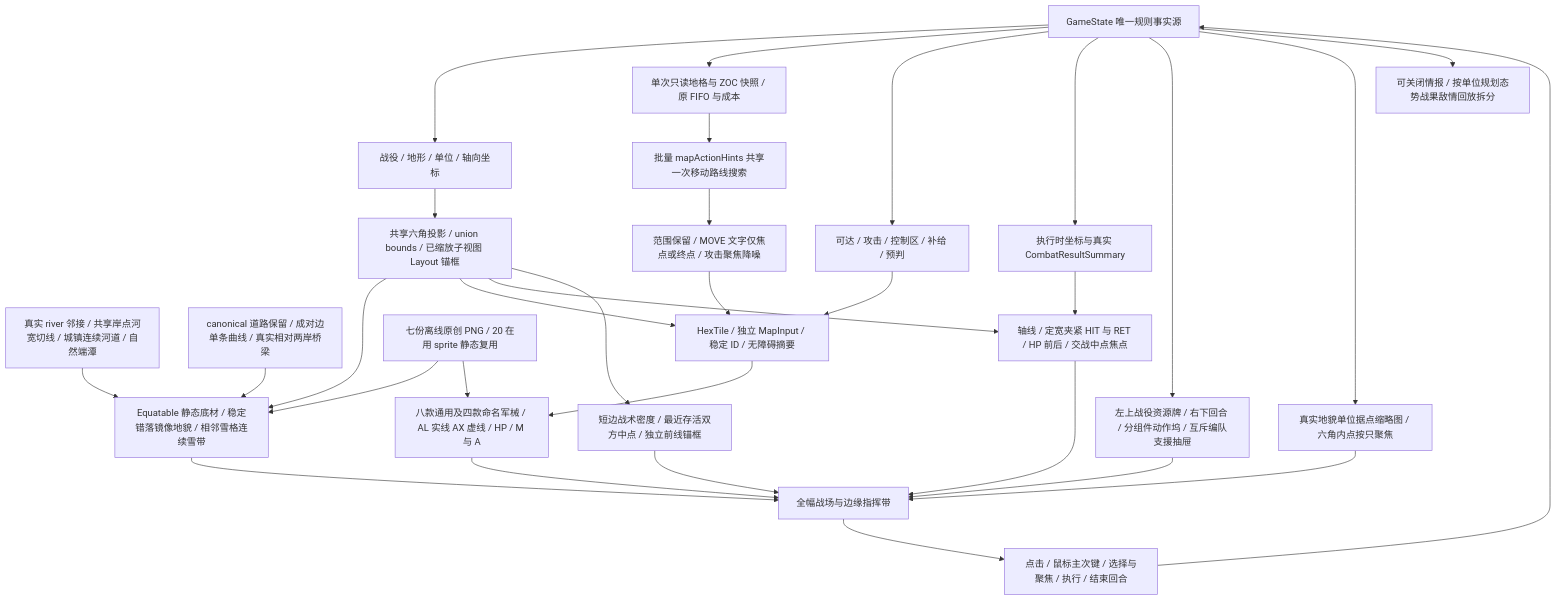
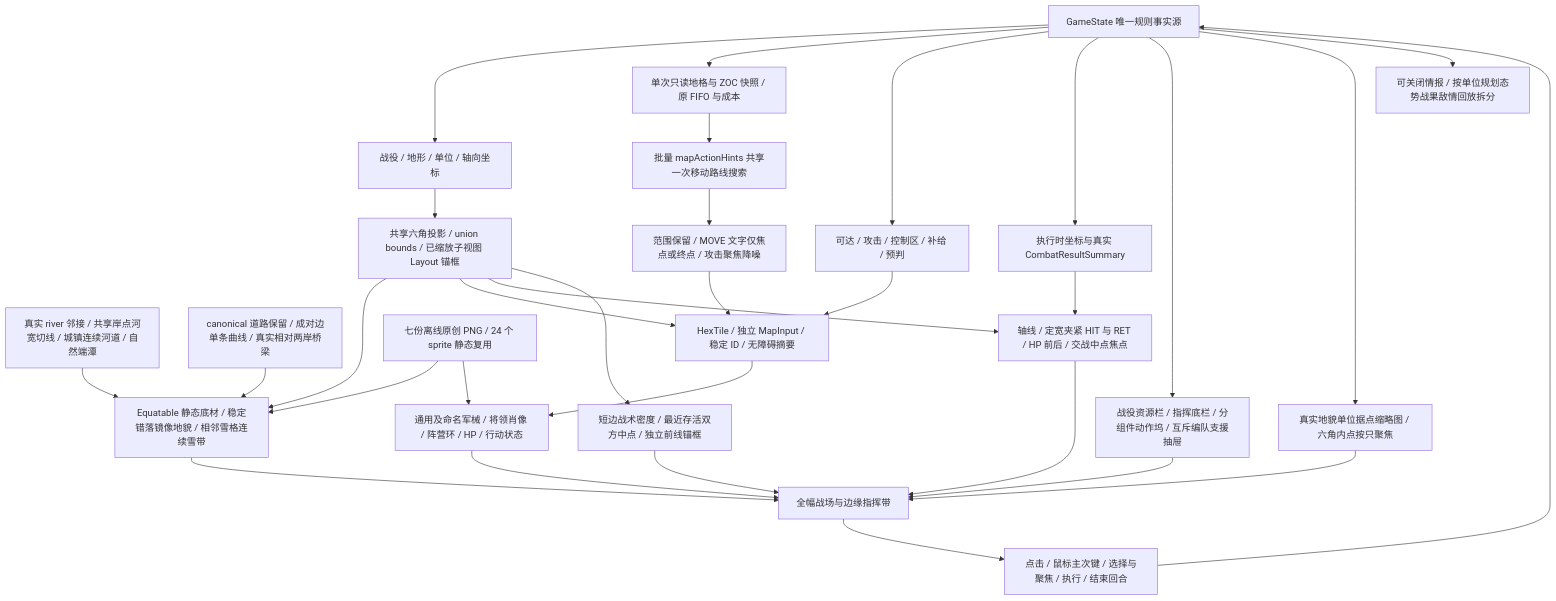
The first of 3 diagrams in md/flow/flowchart.md (Altman-sam114/116), drawn with Mermaid before and after one commit. The commit also changed 31 other files, not shown here.

````diff
--- a/md/flow/flowchart.md
+++ b/md/flow/flowchart.md
@@ -5,33 +5,33 @@
 ```mermaid
 flowchart TD
     State[GameState 唯一规则事实源] --> Models[战役 / 地形 / 单位 / 轴向坐标]
     Models --> Layout[共享六角投影 / union bounds / 已缩放子视图 Layout 锚框]
     Layout --> Terrain[Equatable 静态底材 / 稳定错落镜像地貌 / 相邻雪格连续雪带]
     River[真实 river 邻接 / 共享岸点河宽切线 / 城镇连续河道 / 自然端潭] --> Terrain
     Infrastructure[canonical 道路保留 / 成对边单条曲线 / 真实相对两岸桥梁] --> Terrain
     Layout --> Tiles[HexTile / 独立 MapInput / 稳定 ID / 无障碍摘要]
     State --> Routes[单次只读地格与 ZOC 快照 / 原 FIFO 与成本]
     Routes --> Hints[批量 mapActionHints 共享一次移动路线搜索]
     Hints --> Markers[范围保留 / MOVE 文字仅焦点或终点 / 攻击聚焦降噪]
     Markers --> Tiles
     State --> Rules[可达 / 攻击 / 控制区 / 补给 / 预判]
     Rules --> Tiles
-    Artwork[七份离线原创 PNG / 20 在用 sprite 静态复用] --> Terrain
-    Artwork --> Units[八款通用及四款命名军械 / AL 实线 AX 虚线 / HP / M 与 A]
+    Artwork[七份离线原创 PNG / 24 个 sprite 静态复用] --> Terrain
+    Artwork --> Units[通用及命名军械 / 将领肖像 / 阵营环 / HP / 行动状态]
     Tiles --> Units
     State --> Result[执行时坐标与真实 CombatResultSummary]
     Layout --> Feedback[轴线 / 定宽夹紧 HIT 与 RET / HP 前后 / 交战中点焦点]
     Result --> Feedback
     Terrain --> Screen[全幅战场与边缘指挥带]
     Units --> Screen
     Feedback --> Screen
-    State --> Deck[左上战役资源牌 / 右下回合 / 分组件动作坞 / 互斥编队支援抽屉]
+    State --> Deck[战役资源栏 / 指挥底栏 / 分组件动作坞 / 互斥编队支援抽屉]
     Deck --> Screen
     State --> Overview[真实地貌单位据点缩略图 / 六角内点按只聚焦]
     Overview --> Screen
     Layout --> Camera[短边战术密度 / 最近存活双方中点 / 独立前线锚框]
     Camera --> Screen
     Screen --> Input[点击 / 鼠标主次键 / 选择与聚焦 / 执行 / 结束回合]
     Input --> State
     State --> Inspector[可关闭情报 / 按单位规划态势战果敌情回放拆分]
 ```
````
